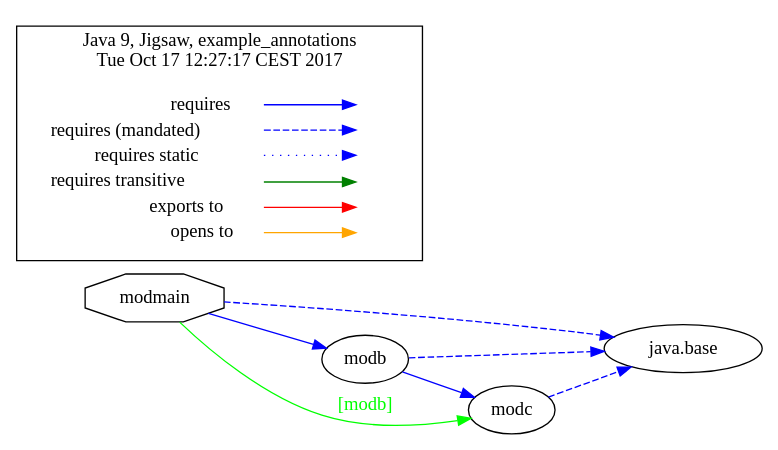
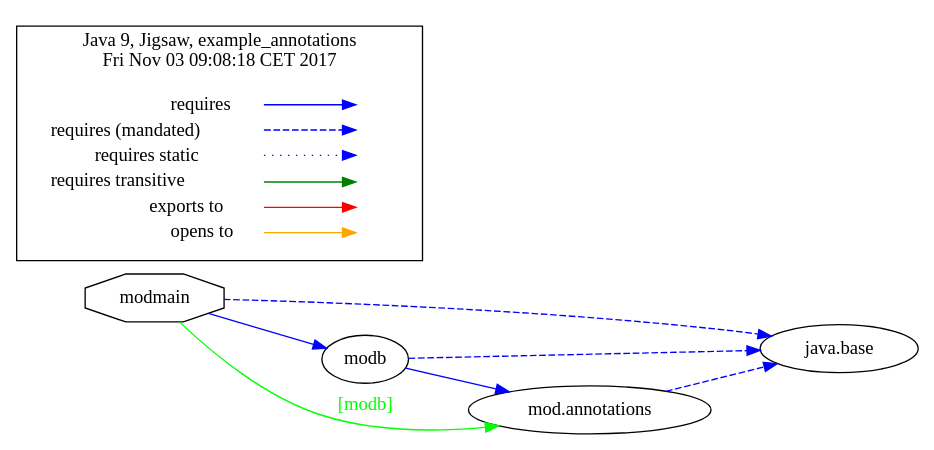
One commit to accso/java9-jigsaw-examples changed the diagram in jigsaw-examples/example_annotations/moduledependencies-withlegend.dot. Above: the diagram before and after it, drawn with Graphviz. The commit also changed 13 other files, not shown here.

```diff
--- a/jigsaw-examples/example_annotations/moduledependencies-withlegend.dot
+++ b/jigsaw-examples/example_annotations/moduledependencies-withlegend.dot
@@ -1,42 +1,42 @@
-# Created by depvis.JigsawDepVisualizer on Tue Oct 17 12:27:17 CEST 2017
+# Created by depvis.JigsawDepVisualizer on Fri Nov 03 09:08:18 CET 2017
 digraph Java9_Dependency_Visualizer {
 modmain[fontname="Consolas",shape="octagon",label="modmain"];
 modb[fontname="Consolas",shape="ellipse",label="modb"];
 java_base[fontname="Consolas",shape="ellipse",label="java.base"];
-modc[fontname="Consolas",shape="ellipse",label="modc"];
+mod_annotations[fontname="Consolas",shape="ellipse",label="mod.annotations"];
 modmain -> modb[color="#0000ff",fontname="Consolas",fontcolor="#0000ff",weight="8"]
 modmain -> java_base[color="#0000ff",fontname="Consolas",fontcolor="#0000ff",style="dashed",weight="16"]
-modmain -> modc[color="#00ff00",fontname="Consolas",fontcolor="#00ff00",weight="4",label="[modb]"]
-modc -> java_base[color="#0000ff",fontname="Consolas",fontcolor="#0000ff",style="dashed",weight="16"]
-modb -> modc[color="#0000ff",fontname="Consolas",fontcolor="#0000ff",weight="8"]
+modmain -> mod_annotations[color="#00ff00",fontname="Consolas",fontcolor="#00ff00",weight="4",label="[modb]"]
+mod_annotations -> java_base[color="#0000ff",fontname="Consolas",fontcolor="#0000ff",style="dashed",weight="16"]
+modb -> mod_annotations[color="#0000ff",fontname="Consolas",fontcolor="#0000ff",weight="8"]
 modb -> java_base[color="#0000ff",fontname="Consolas",fontcolor="#0000ff",style="dashed",weight="16"]
 rankdir=LR
 node [shape=plaintext]
 subgraph cluster_01 { 
   label = "Java 9, Jigsaw, example_annotations
-Tue Oct 17 12:27:17 CEST 2017"
+Fri Nov 03 09:08:18 CET 2017"
   fontname="Consolas"
   key [label=<<table border="0" cellpadding="2" cellspacing="0" cellborder="0">
     <tr><td align="right" port="i1">requires</td></tr>
     <tr><td align="right" port="i2">requires (mandated)</td></tr>
     <tr><td align="right" port="i3">requires static</td></tr>
     <tr><td align="right" port="i4">requires transitive</td></tr>
     <tr><td align="right" port="i5">exports to</td></tr>
     <tr><td align="right" port="i6">opens to</td></tr>
     </table>>,fontname="Consolas"]
   key2 [label=<<table border="0" cellpadding="2" cellspacing="0" cellborder="0">
     <tr><td port="i1">&nbsp;</td></tr>
     <tr><td port="i2">&nbsp;</td></tr>
     <tr><td port="i3">&nbsp;</td></tr>
     <tr><td port="i4">&nbsp;</td></tr>
     <tr><td port="i5">&nbsp;</td></tr>
     <tr><td port="i6">&nbsp;</td></tr>
     </table>>,fontname="Consolas"]
   key:i1:e -> key2:i1:w [color=BLUE]
   key:i2:e -> key2:i2:w [color=BLUE, style=dashed]
   key:i3:e -> key2:i3:w [color=BLUE, style=dotted]
   key:i4:e -> key2:i4:w [color=GREEN]
   key:i5:e -> key2:i5:w [color=RED]
   key:i6:e -> key2:i6:w [color=ORANGE]
 }
 }
```
